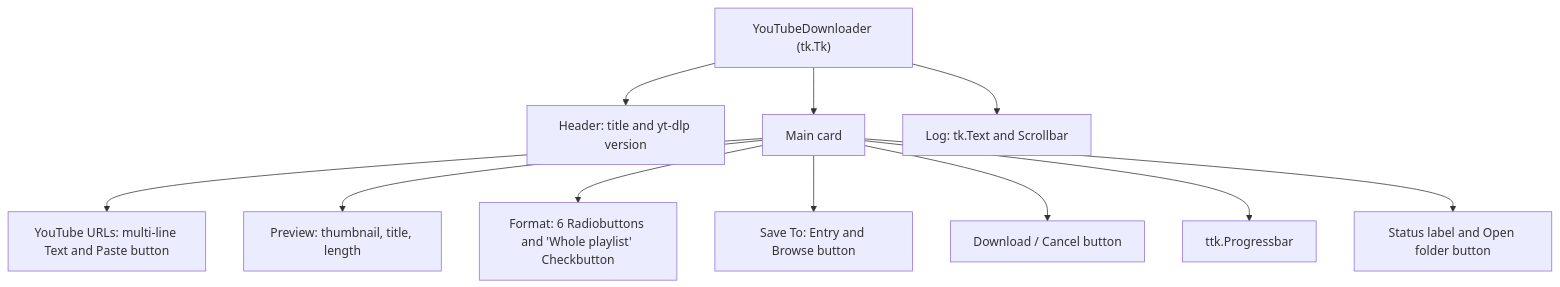
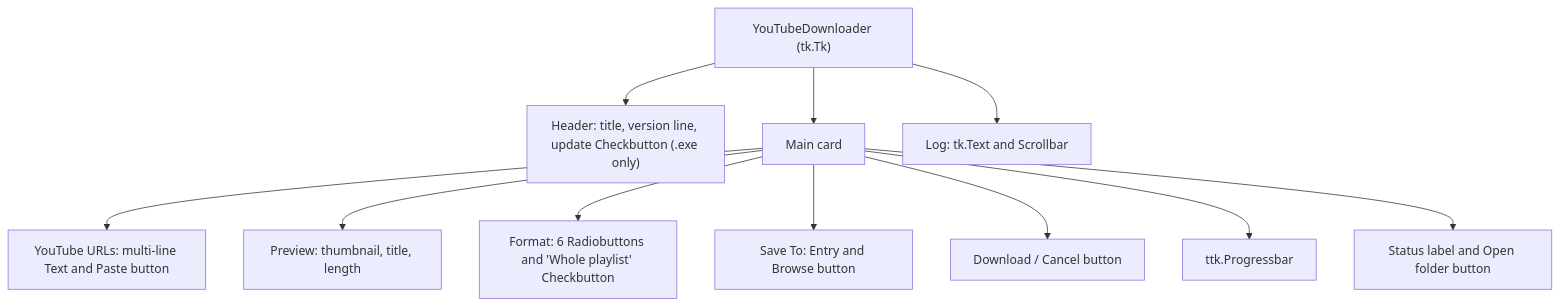
One commit to lifeupnorth/YouTubeDownloader changed the diagram in docs/wiki/06-user-interface.md. Above: the diagram before and after it, drawn with Mermaid. The commit also changed other lines of this file and 10 other files, not shown here.

````diff
--- a/docs/wiki/06-user-interface.md
+++ b/docs/wiki/06-user-interface.md
@@ -17,13 +17,13 @@
 ```mermaid
 flowchart TD
-    root["YouTubeDownloader (tk.Tk)"] --> hdr["Header: title and yt-dlp version"]
+    root["YouTubeDownloader (tk.Tk)"] --> hdr["Header: title, version line, update Checkbutton (.exe only)"]
     root --> card["Main card"]
     root --> log["Log: tk.Text and Scrollbar"]
     card --> url["YouTube URLs: multi-line Text and Paste button"]
     card --> preview["Preview: thumbnail, title, length"]
     card --> fmt["Format: 6 Radiobuttons and 'Whole playlist' Checkbutton"]
     card --> save["Save To: Entry and Browse button"]
     card --> btn["Download / Cancel button"]
     card --> bar["ttk.Progressbar"]
     card --> status["Status label and Open folder button"]
 ```
````
